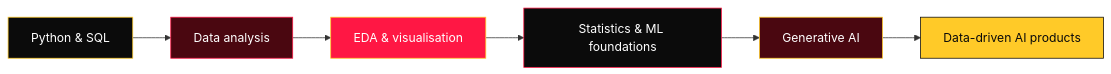
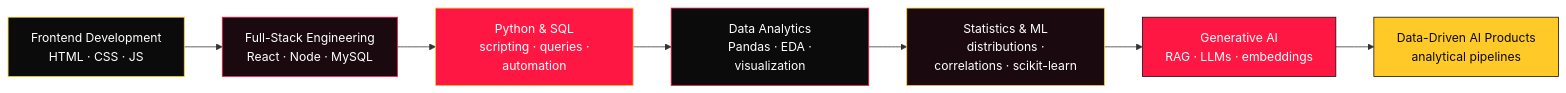
Before and after one commit to SachinCoder11/SachinCoder11: the diagram in README.md, drawn with Mermaid. The commit also changed other lines of this file, not shown here.

````diff
--- a/README.md
+++ b/README.md
@@ -168,14 +388,16 @@
 ```mermaid
 flowchart LR
-    A[Python & SQL] --> B[Data analysis]
-    B --> C[EDA & visualisation]
-    C --> D[Statistics & ML foundations]
-    D --> E[Generative AI]
-    E --> F[Data-driven AI products]
+    A["Frontend Development\n HTML · CSS · JS"] --> B["Full-Stack Engineering\n React · Node · MySQL"]
+    B --> C["Python & SQL\n scripting · queries · automation"]
+    C --> D["Data Analytics\n Pandas · EDA · visualization"]
+    D --> E["Statistics & ML\n distributions · correlations · scikit-learn"]
+    E --> F["Generative AI\n RAG · LLMs · embeddings"]
+    F --> G["Data-Driven AI Products\n analytical pipelines"]
     style A fill:#0B0B0B,stroke:#FFCA28,color:#fff
-    style B fill:#4A0710,stroke:#FF1744,color:#fff
+    style B fill:#1a0a0f,stroke:#FF1744,color:#fff
     style C fill:#FF1744,stroke:#FFCA28,color:#fff
     style D fill:#0B0B0B,stroke:#FF1744,color:#fff
-    style E fill:#4A0710,stroke:#FFCA28,color:#fff
-    style F fill:#FFCA28,stroke:#0B0B0B,color:#0B0B0B
+    style E fill:#1a0a0f,stroke:#FFCA28,color:#fff
+    style F fill:#FF1744,stroke:#0B0B0B,color:#fff
+    style G fill:#FFCA28,stroke:#0B0B0B,color:#0B0B0B
 ```
````
